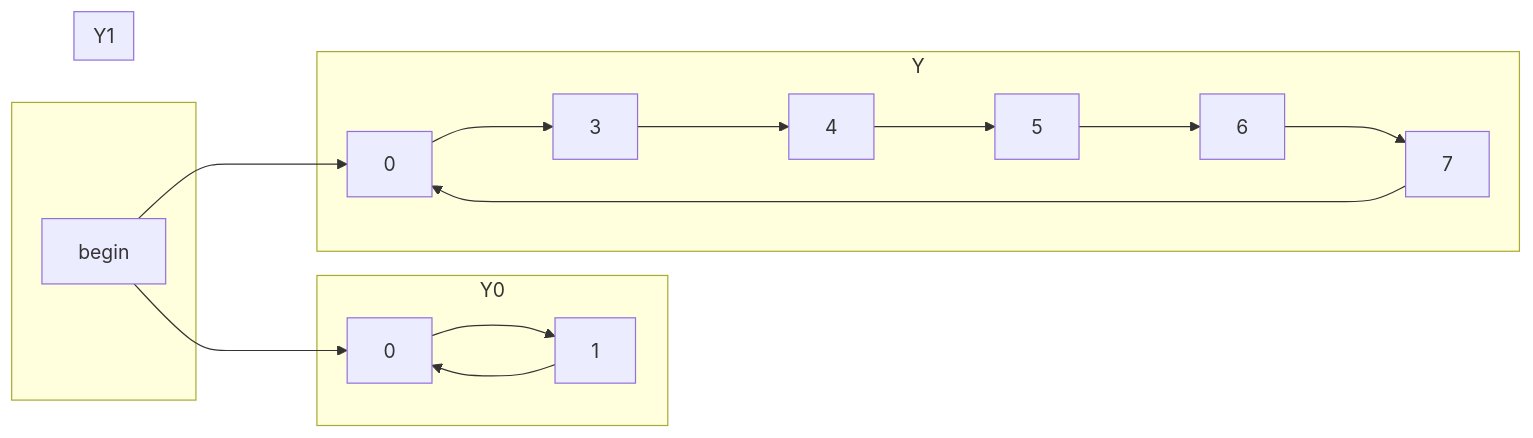
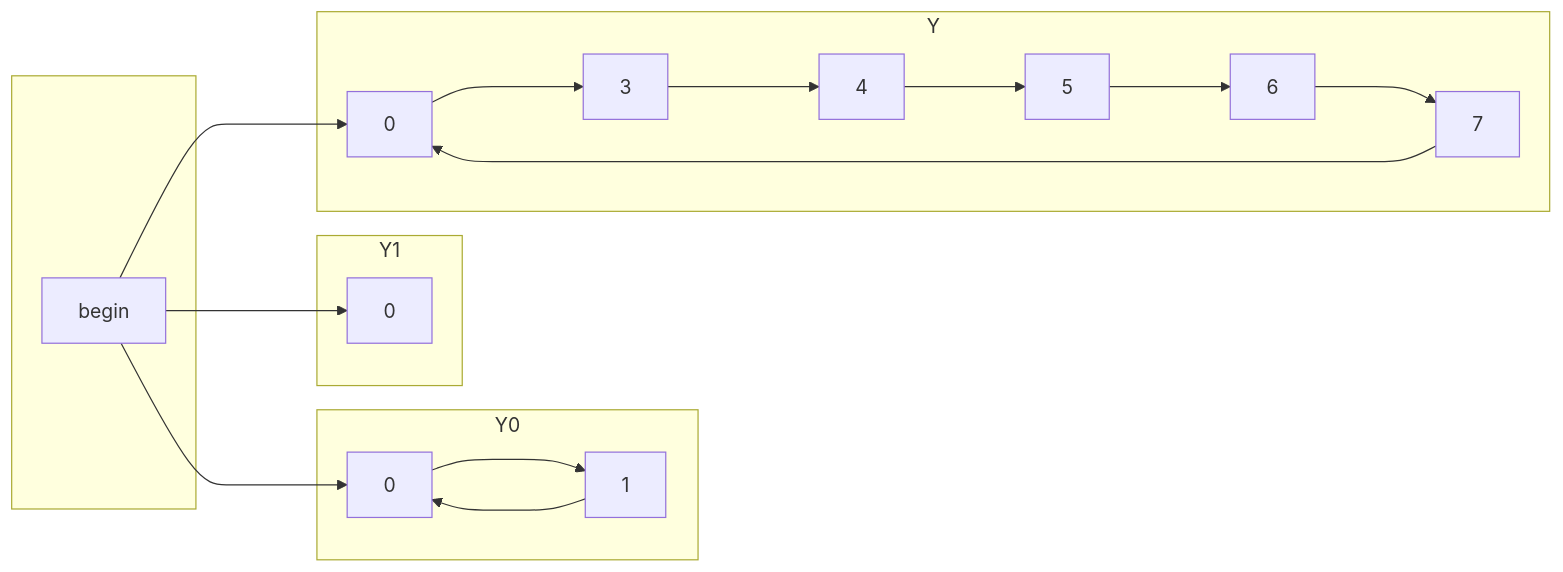
Before and after one commit to tnichols217/notes: the fourth of 5 diagrams in CSDS 281 - Logic Design/HW/8/Tables.md, drawn with Mermaid.

Commit message:
vault backup: 2024-04-03 23:42:54

````diff
--- a/CSDS 281 - Logic Design/HW/8/Tables.md
+++ b/CSDS 281 - Logic Design/HW/8/Tables.md
@@ -113,24 +113,25 @@
 ```mermaid
 flowchart LR
 subgraph " "
 	begin
 end
 subgraph Y
 	begin ---> 0
 	0 ---> 3
 	3 ---> 4
 	4 ---> 5
 	5 ---> 6
 	6 ---> 7
 	7 ---> 0
 end
 subgraph Y0
 	begin ---> 00[0]
 	00 ---> 01[1]
 	01 ---> 00
 end
 subgraph Y1
+	begin ---> 101[0]
 	
 end
 
 ```
````
